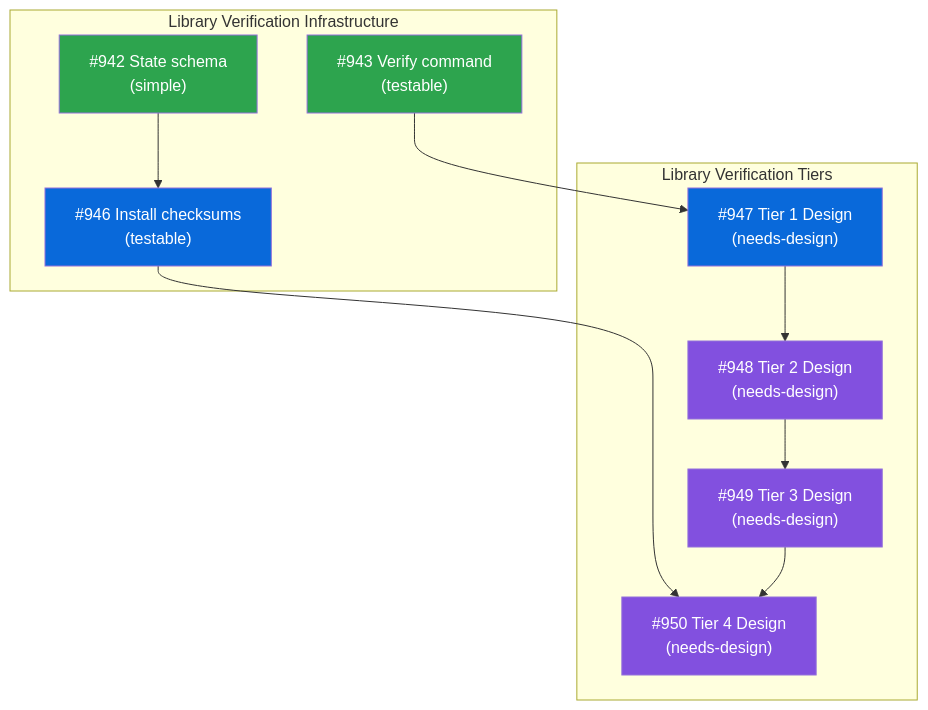
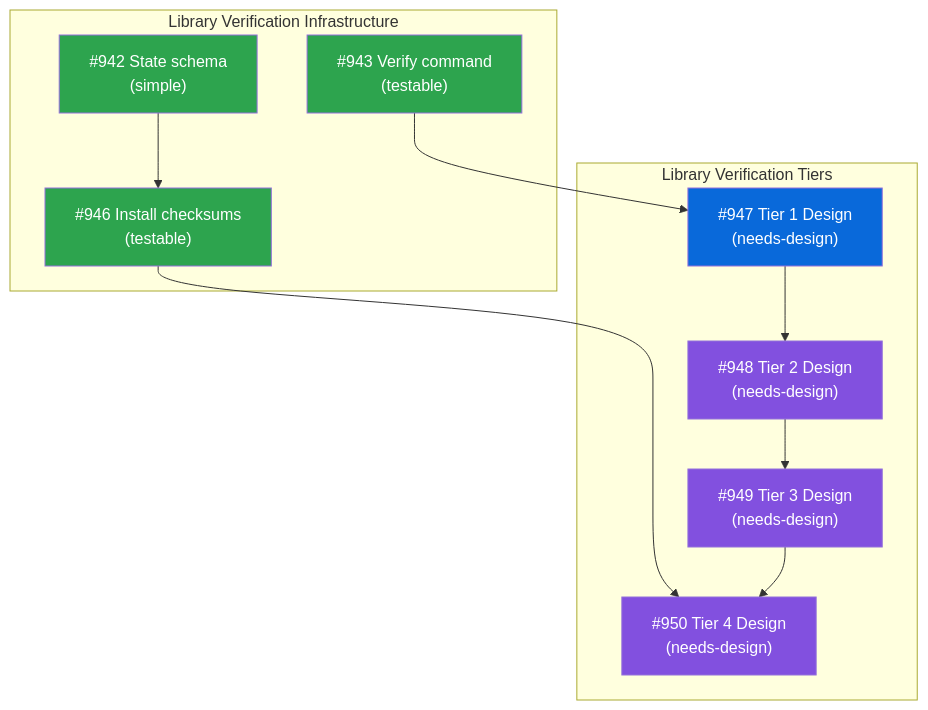
One commit to tsukumogami/tsuku changed the diagram in docs/designs/DESIGN-library-verification.md. Above: the diagram before and after it, drawn with Mermaid. The commit also changed 8 other files, not shown here.

First line of the commit message:
feat(install): compute and store library checksums at install time (#963)

````diff
--- a/docs/designs/DESIGN-library-verification.md
+++ b/docs/designs/DESIGN-library-verification.md
@@ -17,27 +17,27 @@
 ```mermaid
 graph TD
     subgraph Infrastructure["Library Verification Infrastructure"]
         I942["#942 State schema<br/>(simple)"]:::done
         I943["#943 Verify command<br/>(testable)"]:::done
-        I946["#946 Install checksums<br/>(testable)"]:::ready
+        I946["#946 Install checksums<br/>(testable)"]:::done
     end
 
     subgraph Tiers["Library Verification Tiers"]
         I947["#947 Tier 1 Design<br/>(needs-design)"]:::ready
         I948["#948 Tier 2 Design<br/>(needs-design)"]:::needsdesign
         I949["#949 Tier 3 Design<br/>(needs-design)"]:::needsdesign
         I950["#950 Tier 4 Design<br/>(needs-design)"]:::needsdesign
     end
 
     I942 --> I946
     I943 --> I947
     I947 --> I948
     I948 --> I949
     I946 --> I950
     I949 --> I950
 
     classDef done fill:#2da44e,color:white
     classDef ready fill:#0969da,color:white
     classDef blocked fill:#d4a72c,color:white
     classDef needsdesign fill:#8250df,color:white
 ```
````
